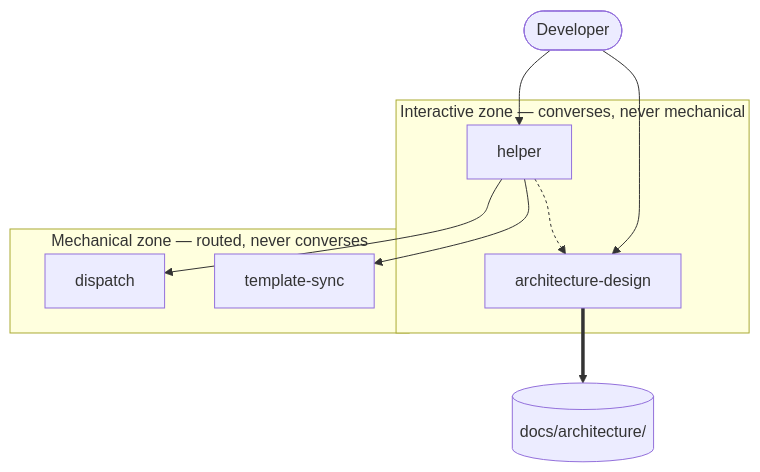
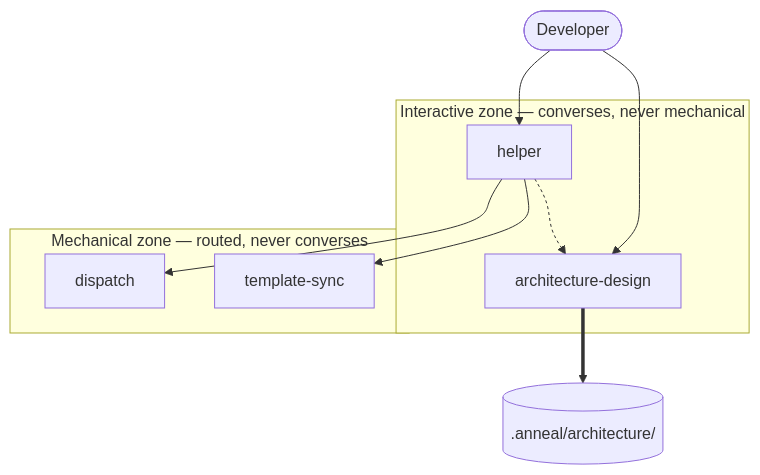
One commit to demaconsulting/Anneal changed the diagram in .anneal/architecture/process.md. Above: the diagram before and after it, drawn with Mermaid. The commit also changed other lines of this file and 100 other files, not shown here.

````diff
--- a/.anneal/architecture/process.md
+++ b/.anneal/architecture/process.md
@@ -106,26 +106,26 @@
 ```mermaid
 flowchart TD
     User(["Developer"])
 
     subgraph Interactive["Interactive zone — converses, never mechanical"]
         Helper[helper]
         ArchDesign[architecture-design]
     end
 
     subgraph Mechanical["Mechanical zone — routed, never converses"]
         Dispatch[dispatch]
         TemplateSync[template-sync]
     end
 
-    Tree[("docs/architecture/")]
+    Tree[(".anneal/architecture/")]
 
     User --> Helper
     User --> ArchDesign
     Helper --> Dispatch
     Helper --> TemplateSync
 
     Helper -.-> ArchDesign
     ArchDesign ==> Tree
 
     linkStyle 4 stroke-dasharray: 3 3
 ```
````
